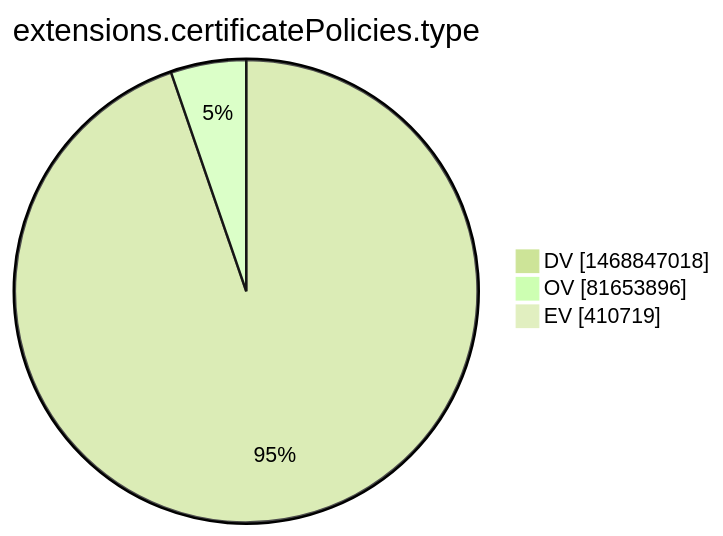
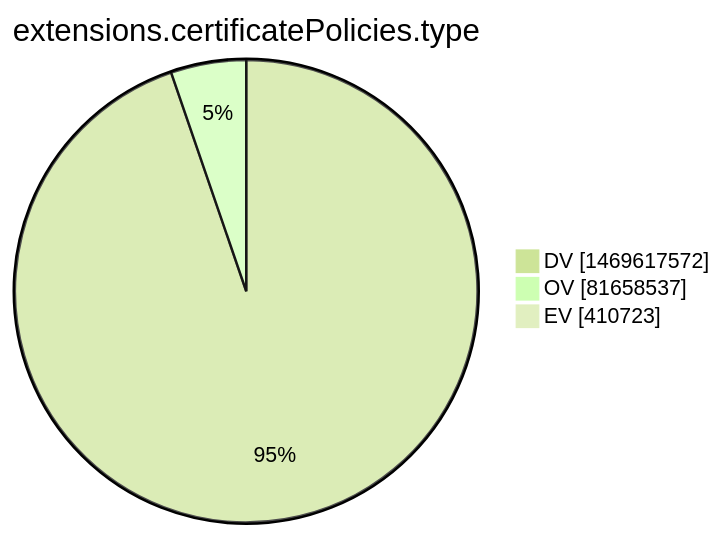
The tenth of 15 diagrams in xenon2022/README.md (christiankrug/ctmonitor_visualization), drawn with Mermaid (forest theme) before and after one commit. The commit also changed other lines of this file, not shown here.

````diff
--- a/xenon2022/README.md
+++ b/xenon2022/README.md
@@ -2872,7 +2872,7 @@
 ```mermaid
 pie showData
 title extensions.certificatePolicies.type
-"DV" :1468847018
-"OV" :81653896
-"EV" :410719
+"DV" :1469617572
+"OV" :81658537
+"EV" :410723
 ```
````
